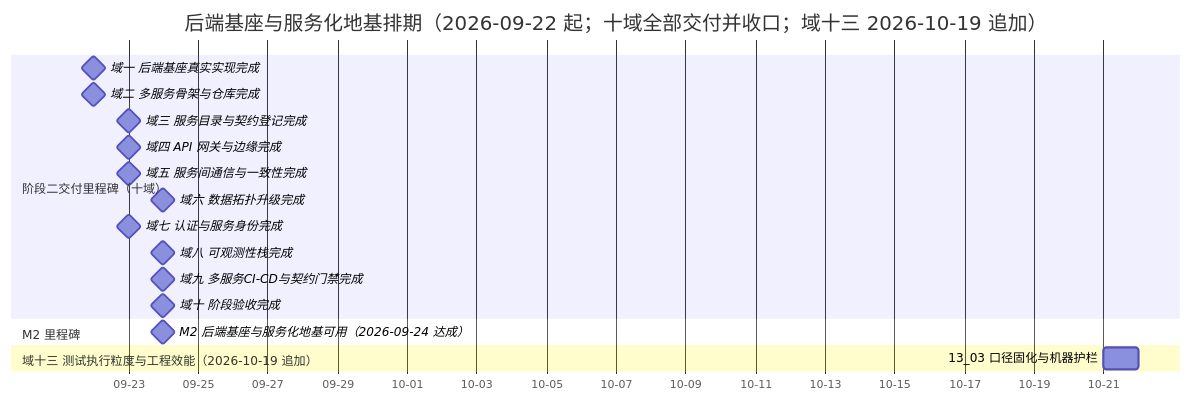
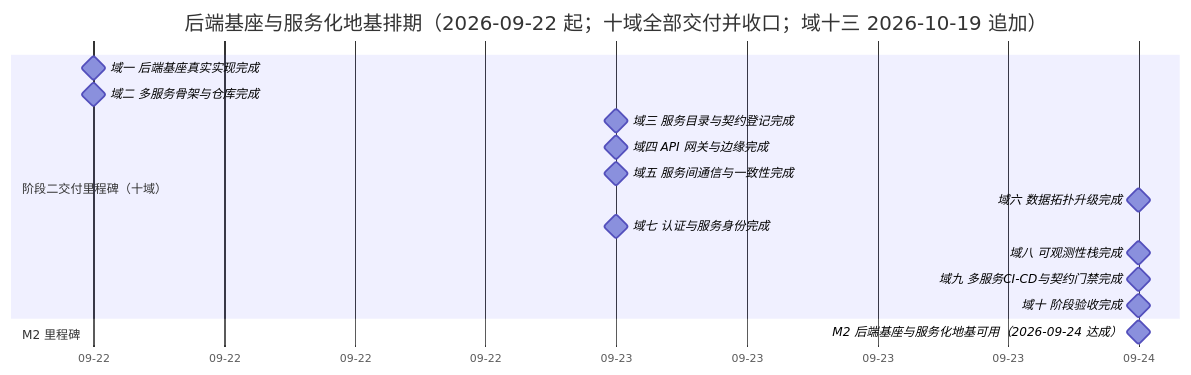
Before and after one commit to minjian123/basic-management-system: the diagram in bms文档/项目/02_后端基座与服务化地基/计划/01_计划_后端基座与服务化地基.md, drawn with Mermaid. The commit also changed other lines of this file and 7 other files, not shown here.

````diff
--- a/bms文档/项目/02_后端基座与服务化地基/计划/01_计划_后端基座与服务化地基.md
+++ b/bms文档/项目/02_后端基座与服务化地基/计划/01_计划_后端基座与服务化地基.md
@@ -83,21 +83,19 @@
 ```mermaid
 gantt
     title 后端基座与服务化地基排期（2026-09-22 起；十域全部交付并收口；域十三 2026-10-19 追加）
     dateFormat  YYYY-MM-DD
     axisFormat %m-%d
     section 阶段二交付里程碑（十域）
     域一 后端基座真实实现完成 :milestone, m01, 2026-09-22, 0d
     域二 多服务骨架与仓库完成 :milestone, m02, 2026-09-22, 0d
     域三 服务目录与契约登记完成 :milestone, m03, 2026-09-23, 0d
     域四 API 网关与边缘完成 :milestone, m04, 2026-09-23, 0d
     域五 服务间通信与一致性完成 :milestone, m05, 2026-09-23, 0d
     域六 数据拓扑升级完成 :milestone, m06, 2026-09-24, 0d
     域七 认证与服务身份完成 :milestone, m07, 2026-09-23, 0d
     域八 可观测性栈完成 :milestone, m08, 2026-09-24, 0d
     域九 多服务CI-CD与契约门禁完成 :milestone, m09, 2026-09-24, 0d
     域十 阶段验收完成 :milestone, m10, 2026-09-24, 0d
     section M2 里程碑
     M2 后端基座与服务化地基可用（2026-09-24 达成） :milestone, mm2, 2026-09-24, 0d
-    section 域十三 测试执行粒度与工程效能（2026-10-19 追加）
-    13_03 口径固化与机器护栏 :t1303, 2026-10-21, 1d
 ```
````
